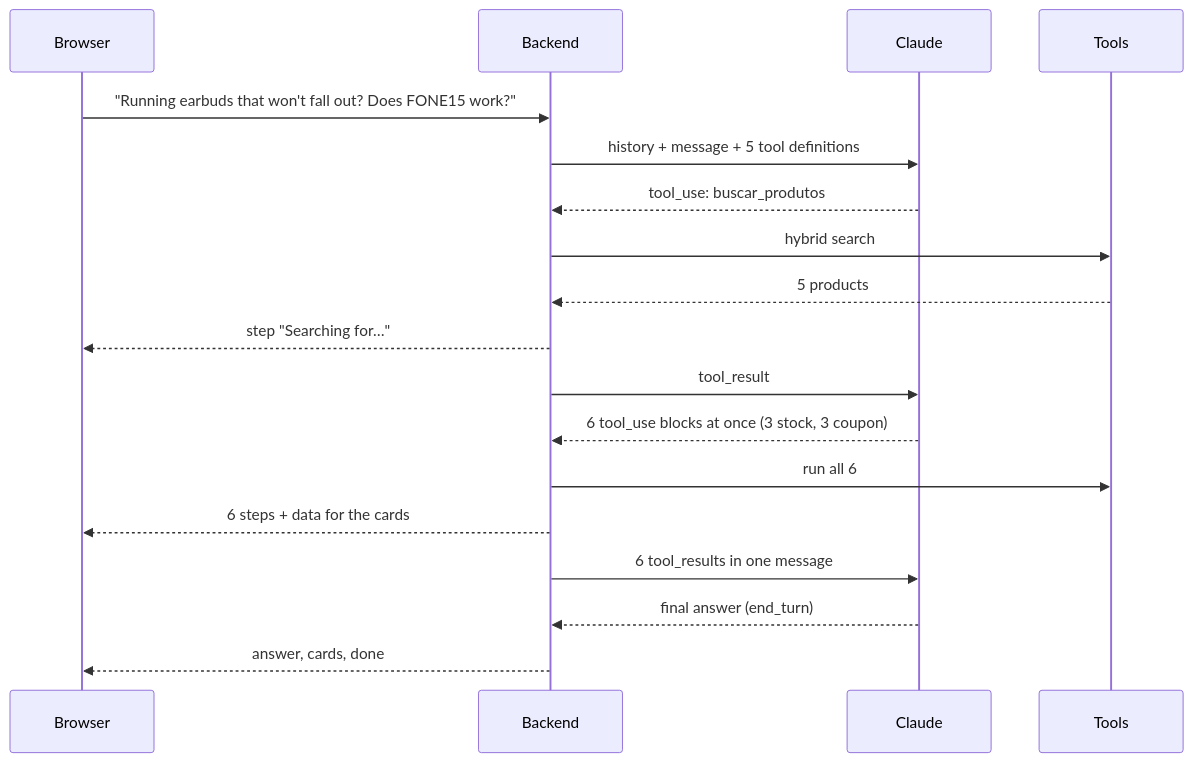
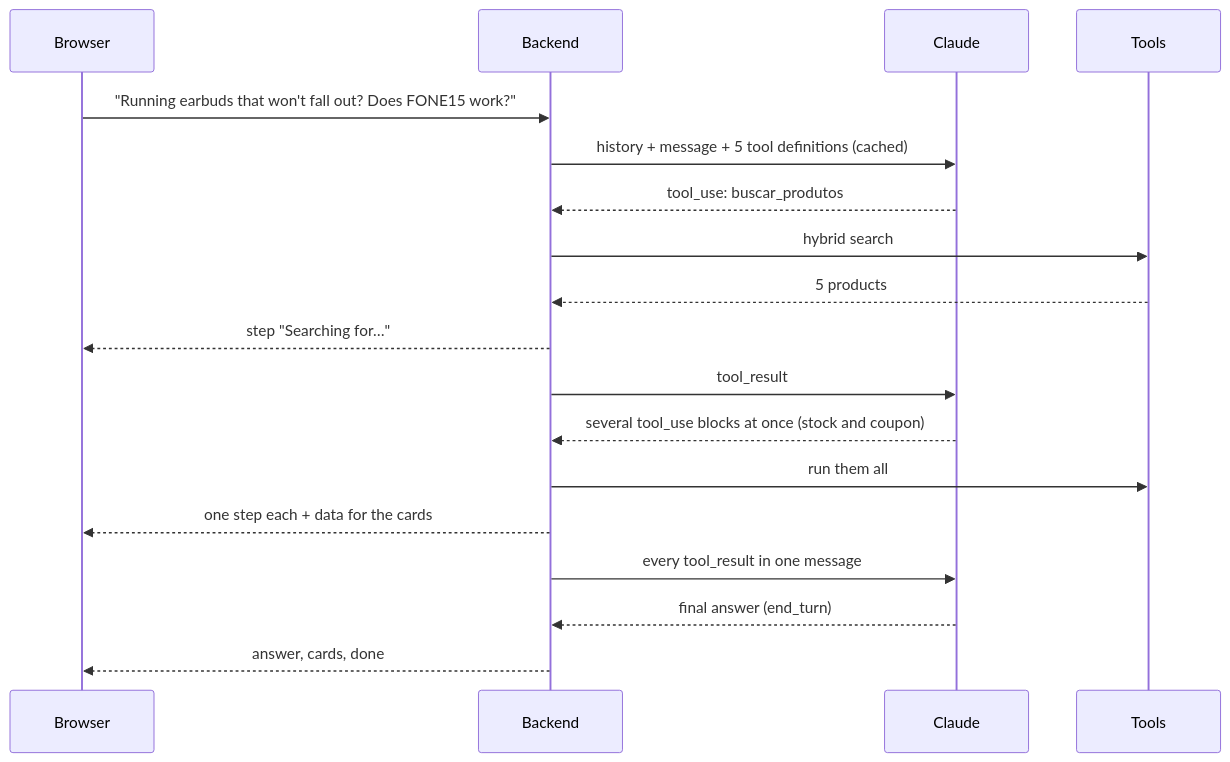
Before and after one commit to petrecaLeo/agentic-rag-sales-assistant: the second of 2 diagrams in README.md, drawn with Mermaid. The commit also changed other lines of this file and 3 other files, not shown here.

````diff
--- a/README.md
+++ b/README.md
@@ -77,20 +84,20 @@
 ```mermaid
 sequenceDiagram
   participant B as Browser
   participant A as Backend
   participant C as Claude
   participant T as Tools
   B->>A: "Running earbuds that won't fall out? Does FONE15 work?"
-  A->>C: history + message + 5 tool definitions
+  A->>C: history + message + 5 tool definitions (cached)
   C-->>A: tool_use: buscar_produtos
   A->>T: hybrid search
   T-->>A: 5 products
   A-->>B: step "Searching for…"
   A->>C: tool_result
-  C-->>A: 6 tool_use blocks at once (3 stock, 3 coupon)
-  A->>T: run all 6
-  A-->>B: 6 steps + data for the cards
-  A->>C: 6 tool_results in one message
+  C-->>A: several tool_use blocks at once (stock and coupon)
+  A->>T: run them all
+  A-->>B: one step each + data for the cards
+  A->>C: every tool_result in one message
   C-->>A: final answer (end_turn)
   A-->>B: answer, cards, done
 ```
````
